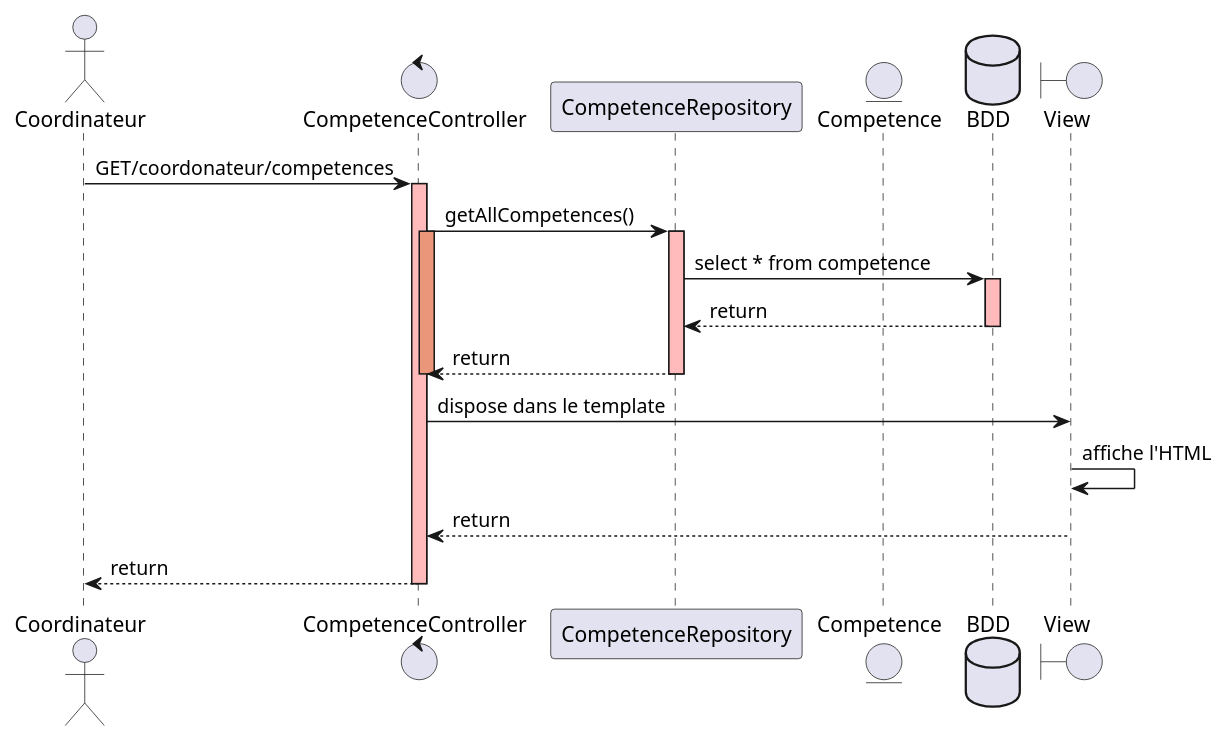
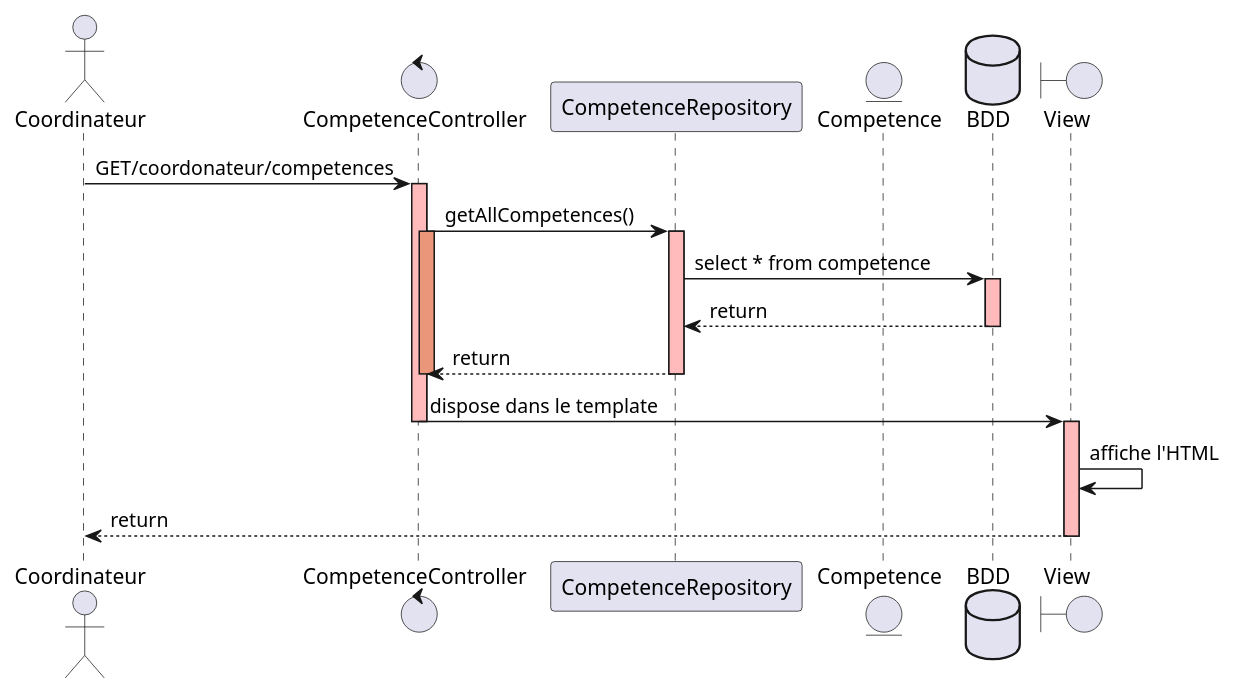
Before and after one commit to GreenHawk-99/AppGreta: the diagram in doc/puml/SequenceDiagram.puml, drawn with PlantUML. The commit also changed 16 other files, not shown here.

```diff
--- a/doc/puml/SequenceDiagram.puml
+++ b/doc/puml/SequenceDiagram.puml
@@ -1,32 +1,33 @@
 @startuml
 
 actor Coordinateur
-control "CompetenceController" as DC
+control "CompetenceController" as CC
 participant "CompetenceRepository" as CR
 entity "Competence" as C
 database "BDD" as BDD
 boundary "View" as V
 
-Coordinateur -> DC: GET/coordonateur/competences
-activate DC #FFBBBB
+Coordinateur -> CC: GET/coordonateur/competences
+activate CC #FFBBBB
 
-DC -> CR: getAllCompetences()
-activate DC #DarkSalmon
+CC -> CR: getAllCompetences()
+activate CC #DarkSalmon
 activate CR #FFBBBB
 
 CR -> BDD: select * from competence
 activate BDD #FFBBBB
 BDD --> CR: return
 deactivate BDD
 
-CR --> DC: return
-deactivate DC
+CR --> CC: return
+deactivate CC
 deactivate CR
 
-DC -> V: dispose dans le template
+CC -> V: dispose dans le template
+deactivate CC
+activate V #FFBBBB
 V -> V: affiche l'HTML
-V --> DC: return
+V --> Coordinateur: return
+deactivate V
 
-DC --> Coordinateur: return
-deactivate DC
 @enduml
```
